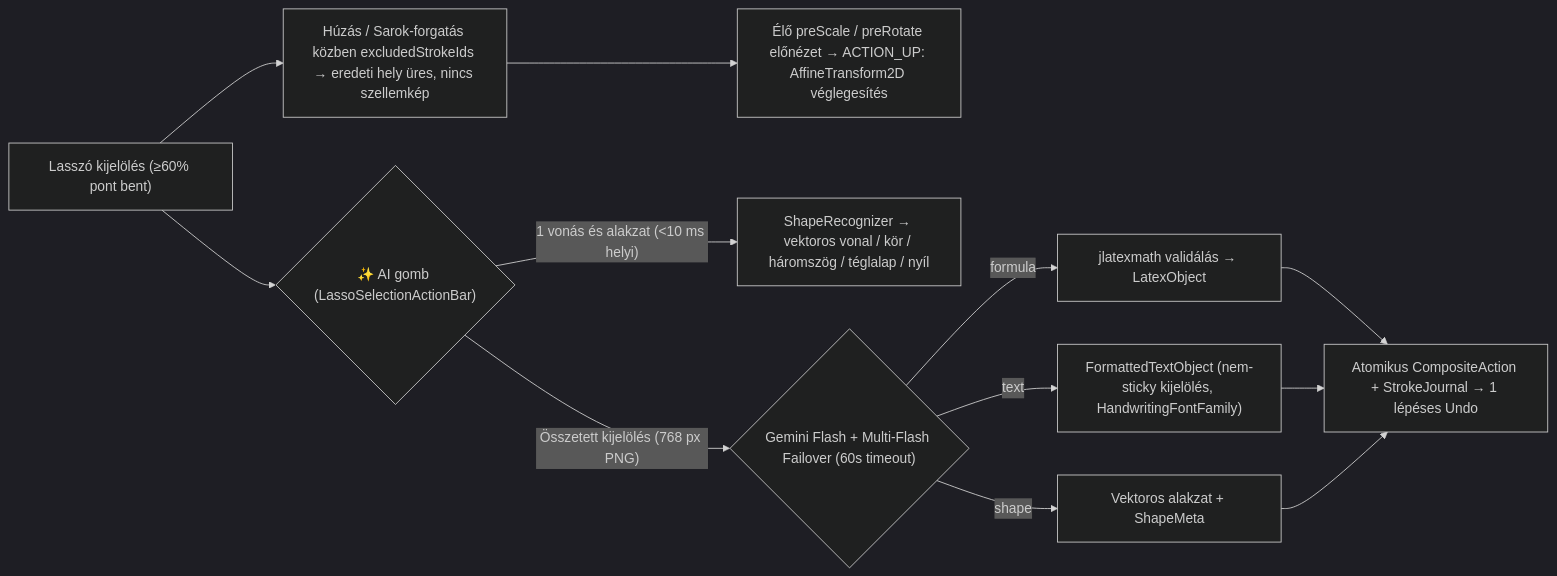
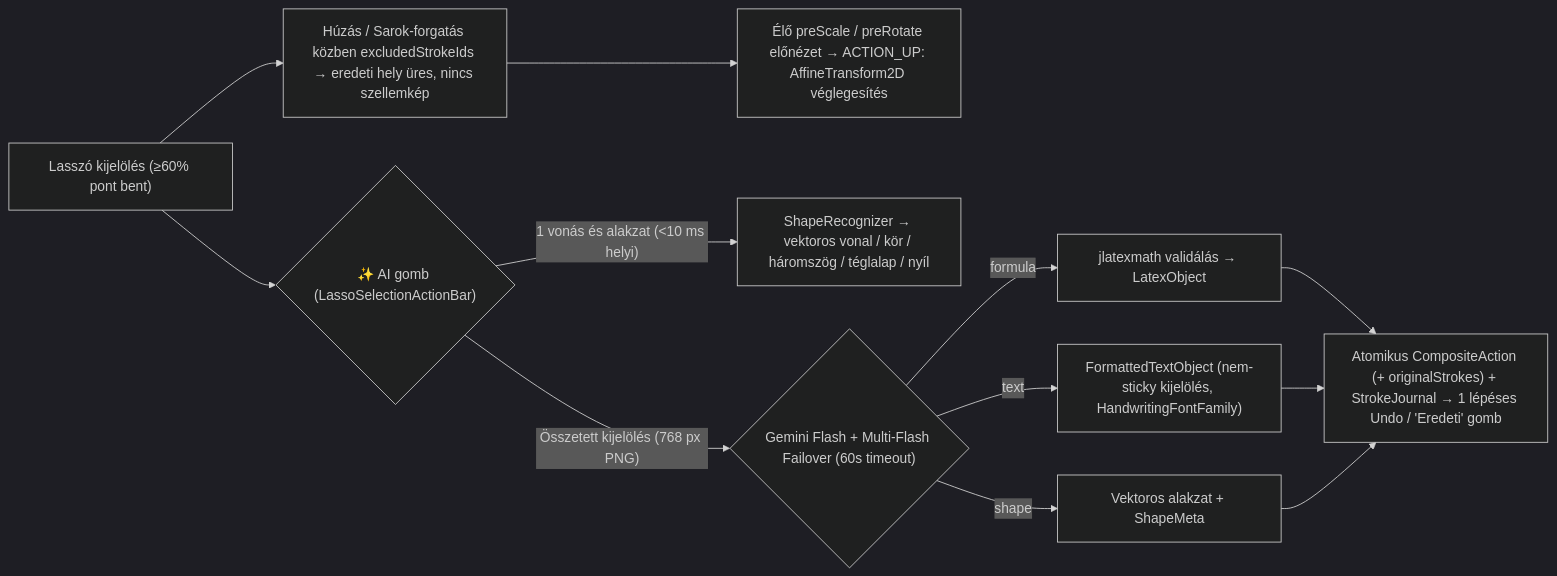
The second of 7 diagrams in docs/user_journeys.md (Fruktoz0/Stylusnote), drawn with Mermaid (dark theme) before and after one commit. The commit also changed other lines of this file and 17 other files, not shown here.

````diff
--- a/docs/user_journeys.md
+++ b/docs/user_journeys.md
@@ -41,12 +41,12 @@
 ```mermaid
 flowchart LR
     A["Lasszó kijelölés (≥60% pont bent)"] --> M["Húzás / Sarok-forgatás közben excludedStrokeIds → eredeti hely üres, nincs szellemkép"]
     M --> R["Élő preScale / preRotate előnézet → ACTION_UP: AffineTransform2D véglegesítés"]
     A --> AI{"✨ AI gomb (LassoSelectionActionBar)"}
     AI -- 1 vonás és alakzat (<10 ms helyi) --> SH["ShapeRecognizer → vektoros vonal / kör / háromszög / téglalap / nyíl"]
     AI -- Összetett kijelölés (768 px PNG) --> G{"Gemini Flash + Multi-Flash Failover (60s timeout)"}
     G -- formula --> L["jlatexmath validálás → LatexObject"]
     G -- text --> T["FormattedTextObject (nem-sticky kijelölés, HandwritingFontFamily)"]
     G -- shape --> SH2["Vektoros alakzat + ShapeMeta"]
-    L & T & SH2 --> U["Atomikus CompositeAction + StrokeJournal → 1 lépéses Undo"]
+    L & T & SH2 --> U["Atomikus CompositeAction (+ originalStrokes) + StrokeJournal → 1 lépéses Undo / 'Eredeti' gomb"]
 ```
````
